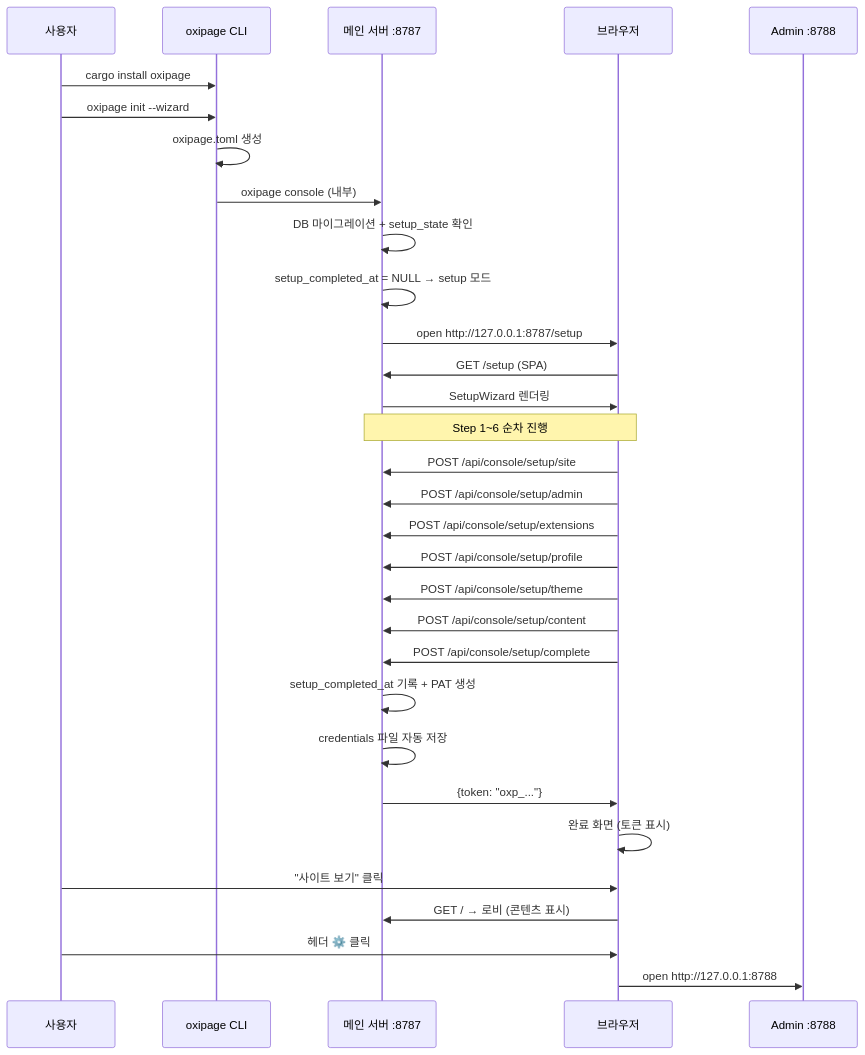
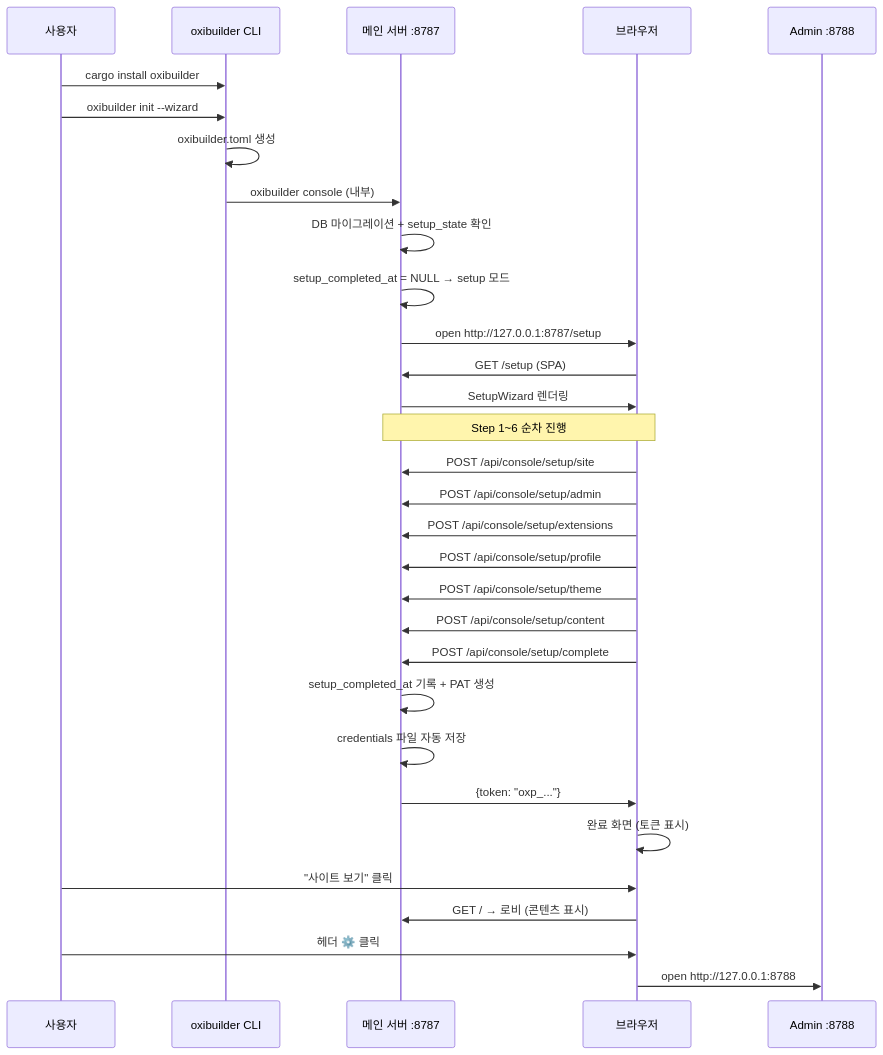
Before and after one commit to a7garden/oxipage: the diagram in doc/13-first-run-ux.md, drawn with Mermaid. The commit also changed other lines of this file and 399 other files, not shown here.

First line of the commit message:
refactor: rename oxipage → oxibuilder

````diff
--- a/doc/13-first-run-ux.md
+++ b/doc/13-first-run-ux.md
@@ -786,38 +786,38 @@
 ```mermaid
 sequenceDiagram
     participant U as 사용자
-    participant CLI as oxipage CLI
+    participant CLI as oxibuilder CLI
     participant S as 메인 서버 :8787
     participant B as 브라우저
     participant A as Admin :8788
 
-    U->>CLI: cargo install oxipage
-    U->>CLI: oxipage init --wizard
-    CLI->>CLI: oxipage.toml 생성
-    CLI->>S: oxipage console (내부)
+    U->>CLI: cargo install oxibuilder
+    U->>CLI: oxibuilder init --wizard
+    CLI->>CLI: oxibuilder.toml 생성
+    CLI->>S: oxibuilder console (내부)
     S->>S: DB 마이그레이션 + setup_state 확인
     S->>S: setup_completed_at = NULL → setup 모드
     S->>B: open http://127.0.0.1:8787/setup
     B->>S: GET /setup (SPA)
     S->>B: SetupWizard 렌더링
 
     Note over B,S: Step 1~6 순차 진행
 
     B->>S: POST /api/console/setup/site
     B->>S: POST /api/console/setup/admin
     B->>S: POST /api/console/setup/extensions
     B->>S: POST /api/console/setup/profile
     B->>S: POST /api/console/setup/theme
     B->>S: POST /api/console/setup/content
     B->>S: POST /api/console/setup/complete
     S->>S: setup_completed_at 기록 + PAT 생성
     S->>S: credentials 파일 자동 저장
     S->>B: {token: "oxp_..."}
     B->>B: 완료 화면 (토큰 표시)
 
     U->>B: "사이트 보기" 클릭
     B->>S: GET / → 로비 (콘텐츠 표시)
 
     U->>B: 헤더 ⚙️ 클릭
     B->>A: open http://127.0.0.1:8788
 ```
````
